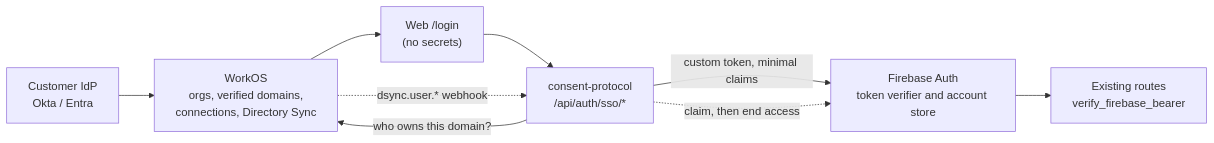
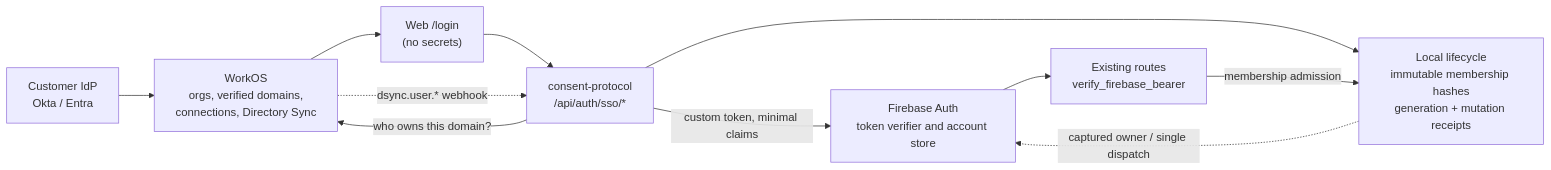
Before and after one commit to hushh-labs/hushh-research: the diagram in docs/reference/architecture/enterprise-sso-workos-adr.md, drawn with Mermaid. The commit also changed other lines of this file and 17 other files, not shown here.

````diff
--- a/docs/reference/architecture/enterprise-sso-workos-adr.md
+++ b/docs/reference/architecture/enterprise-sso-workos-adr.md
@@ -7,16 +7,19 @@
 ```mermaid
 flowchart LR
   idp["Customer IdP<br/>Okta / Entra"]
   workos["WorkOS<br/>orgs, verified domains,<br/>connections, Directory Sync"]
   web["Web /login<br/>(no secrets)"]
   api["consent-protocol<br/>/api/auth/sso/*"]
   fb["Firebase Auth<br/>token verifier and account store"]
   routes["Existing routes<br/>verify_firebase_bearer"]
+  lifecycle["Local lifecycle<br/>immutable membership hashes<br/>generation + mutation receipts"]
 
   idp --> workos --> web --> api
   api -->|"who owns this domain?"| workos
   api -->|"custom token, minimal claims"| fb
   fb --> routes
   workos -. "dsync.user.* webhook" .-> api
-  api -. "claim, then end access" .-> fb
+  api --> lifecycle
+  lifecycle -. "captured owner / single dispatch" .-> fb
+  routes -->|"membership admission"| lifecycle
 ```
````
